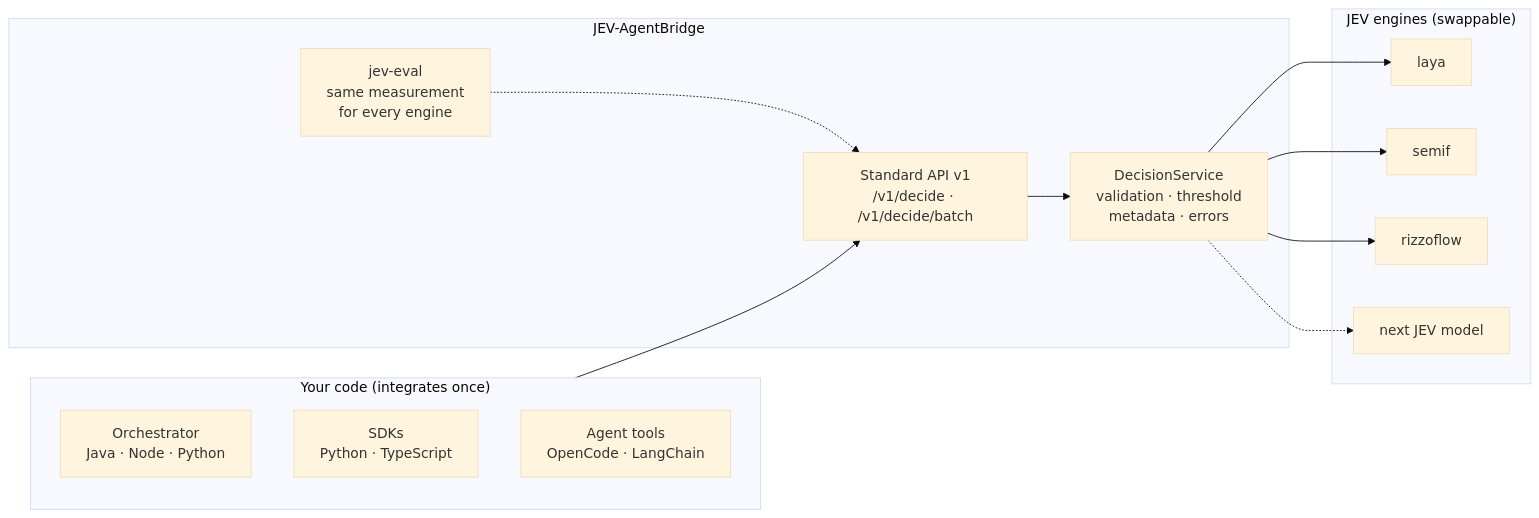
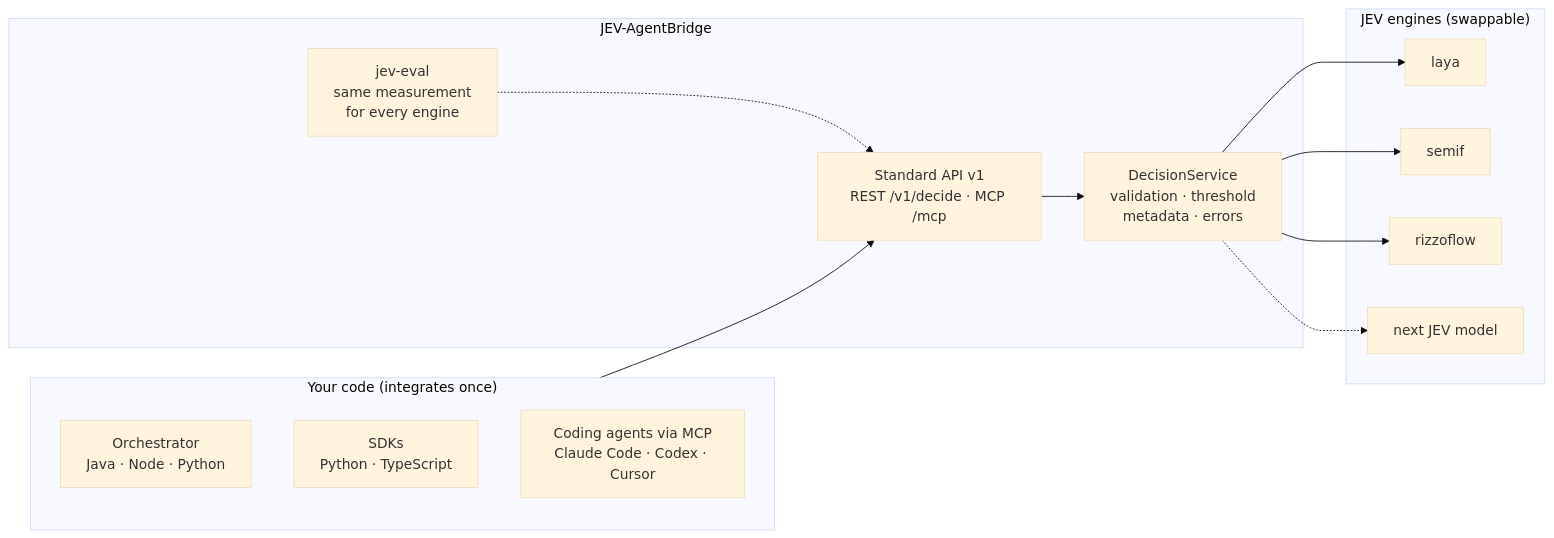
One commit to GiskardB/jev-agentbridge changed the diagram in README.md. Above: the diagram before and after it, drawn with Mermaid (base theme). The commit also changed other lines of this file and 28 other files, not shown here.

First line of the commit message:
Add MCP layer at /mcp; replace the OpenCode plugin with MCP setup docs

````diff
--- a/README.md
+++ b/README.md
@@ -38,25 +38,25 @@
 ```mermaid
 flowchart LR
     subgraph Clients["Your code (integrates once)"]
         Orch["Orchestrator<br/>Java · Node · Python"]
         SDK["SDKs<br/>Python · TypeScript"]
-        Tools["Agent tools<br/>OpenCode · LangChain"]
+        Tools["Coding agents via MCP<br/>Claude Code · Codex · Cursor"]
     end
     subgraph Bridge["JEV-AgentBridge"]
-        API["Standard API v1<br/>/v1/decide · /v1/decide/batch"]
+        API["Standard API v1<br/>REST /v1/decide · MCP /mcp"]
         Core["DecisionService<br/>validation · threshold<br/>metadata · errors"]
         Eval["jev-eval<br/>same measurement<br/>for every engine"]
     end
     subgraph Engines["JEV engines (swappable)"]
         Laya["laya"]
         Semif["semif"]
         Rizzo["rizzoflow"]
         Next["next JEV model"]
     end
     Clients --> API --> Core
     Core --> Laya
     Core --> Semif
     Core --> Rizzo
     Core -.-> Next
     Eval -.-> API
 ```
````
